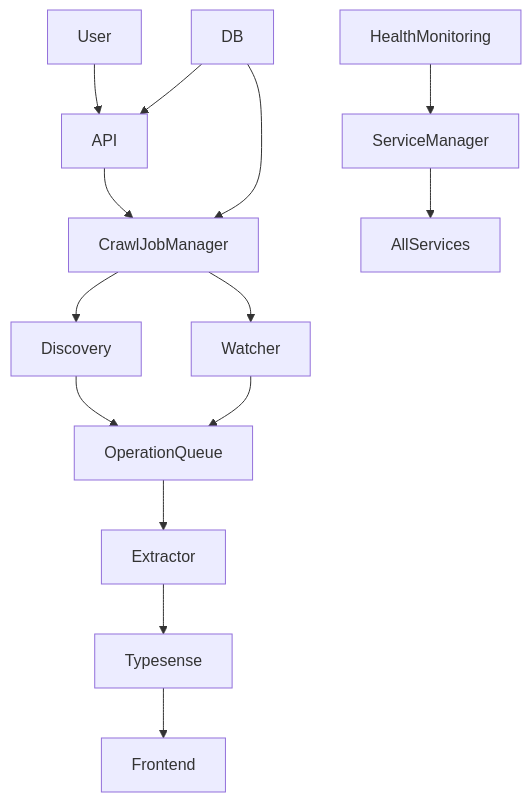
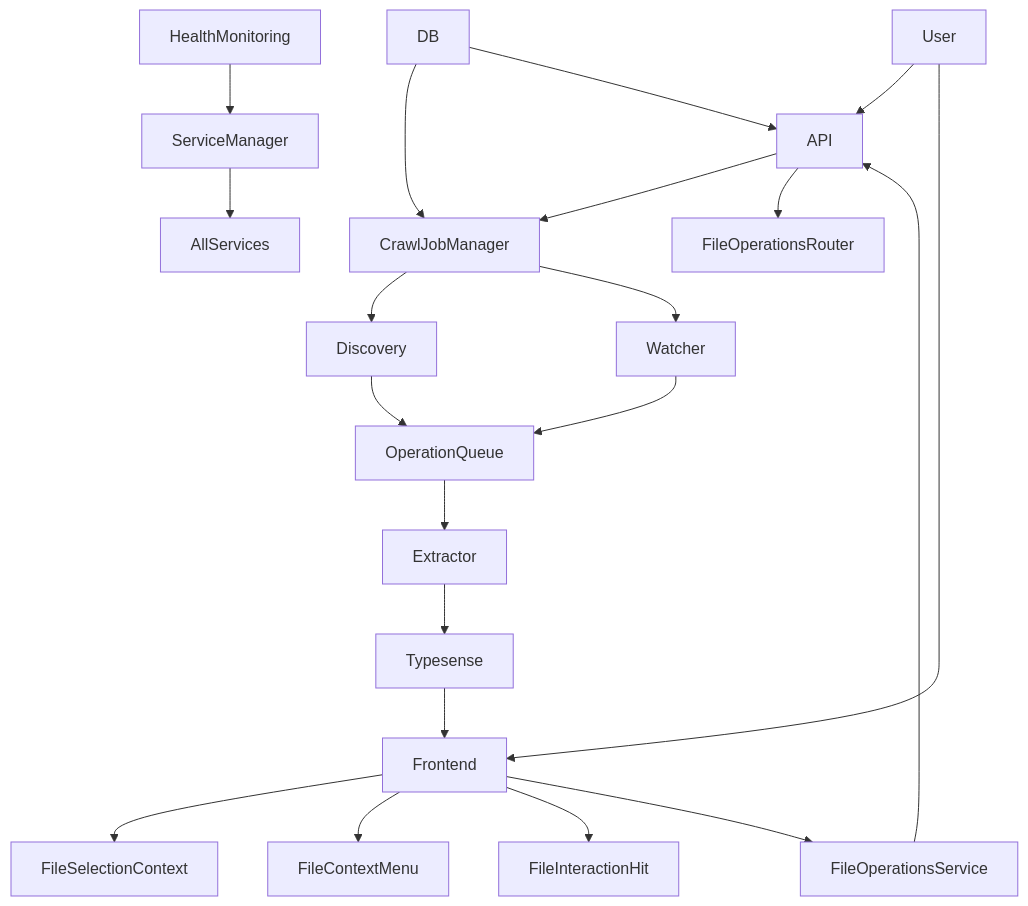
One commit to Hamza5/file-brain changed the diagram in .kilocode/rules/memory-bank/architecture.md. Above: the diagram before and after it, drawn with Mermaid. The commit also changed other lines of this file and 12 other files, not shown here.

First line of the commit message:
feat: Add interactive file selection and file operations capabilities

````diff
--- a/.kilocode/rules/memory-bank/architecture.md
+++ b/.kilocode/rules/memory-bank/architecture.md
@@ -81,16 +97,24 @@
 ```mermaid
 graph TD
 User --> API
 API --> CrawlJobManager
 CrawlJobManager --> Discovery
 CrawlJobManager --> Watcher
 Discovery --> OperationQueue
 Watcher --> OperationQueue
 OperationQueue --> Extractor
 Extractor --> Typesense
 Typesense --> Frontend
 DB --> CrawlJobManager
 DB --> API
 ServiceManager --> AllServices
 HealthMonitoring --> ServiceManager
+
+User --> Frontend
+Frontend --> FileSelectionContext
+Frontend --> FileContextMenu
+Frontend --> FileInteractionHit
+Frontend --> FileOperationsService
+FileOperationsService --> API
+API --> FileOperationsRouter
 ```
````
